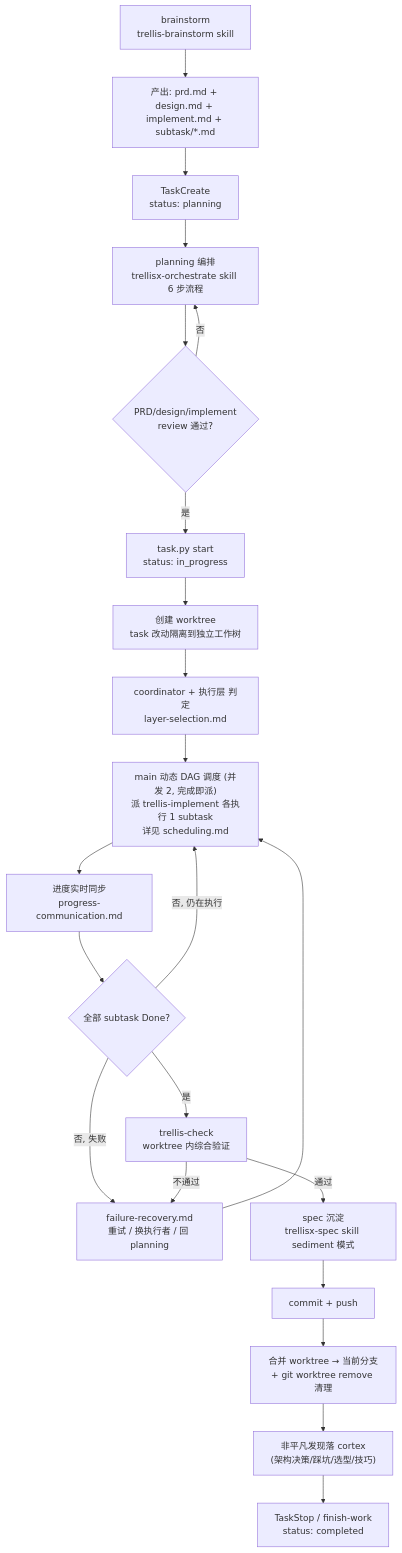
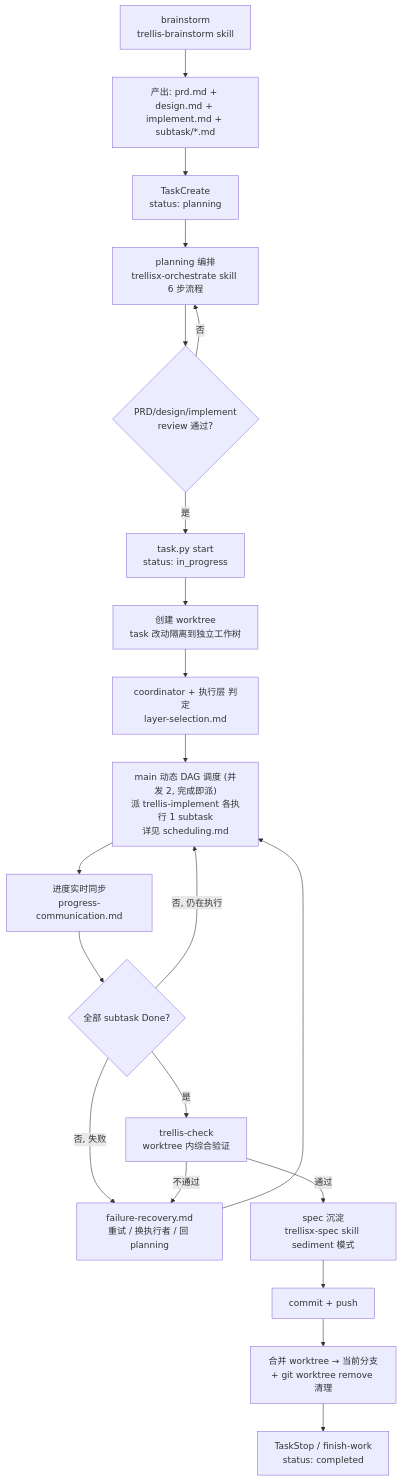
One commit to lazygophers/ccplugin changed the diagram in plugins/tools/trellisx/skills/trellisx-orchestrate/references/task-lifecycle.md. Above: the diagram before and after it, drawn with Mermaid. The commit also changed other lines of this file and 8 other files, not shown here.

First line of the commit message:
feat(trellisx): main 写源码默认禁 + cortex 解耦 + Stop 两闸 (E+F 分支)

````diff
--- a/plugins/tools/trellisx/skills/trellisx-orchestrate/references/task-lifecycle.md
+++ b/plugins/tools/trellisx/skills/trellisx-orchestrate/references/task-lifecycle.md
@@ -7,24 +7,23 @@
 ```mermaid
 flowchart TB
     BS["brainstorm<br/>trellis-brainstorm skill"] --> ARTIFACTS["产出: prd.md + design.md + implement.md + subtask/*.md"]
     ARTIFACTS --> TC["TaskCreate<br/>status: planning"]
     TC --> PLAN["planning 编排<br/>trellisx-orchestrate skill 6 步流程"]
     PLAN --> REVIEW{"PRD/design/implement<br/>review 通过?"}
     REVIEW -->|否| PLAN
     REVIEW -->|是| START["task.py start<br/>status: in_progress"]
     START --> WT["创建 worktree<br/>task 改动隔离到独立工作树"]
     WT --> COORD["coordinator + 执行层 判定<br/>layer-selection.md"]
     COORD --> EXEC["main 动态 DAG 调度 (并发 2, 完成即派)<br/>派 trellis-implement 各执行 1 subtask<br/>详见 scheduling.md"]
     EXEC --> COMM["进度实时同步<br/>progress-communication.md"]
     COMM --> CHECK{"全部 subtask Done?"}
     CHECK -->|否, 失败| RECOVER["failure-recovery.md<br/>重试 / 换执行者 / 回 planning"]
     RECOVER --> EXEC
     CHECK -->|否, 仍在执行| EXEC
     CHECK -->|是| VERIFY["trellis-check<br/>worktree 内综合验证"]
     VERIFY -->|不通过| RECOVER
     VERIFY -->|通过| SPEC["spec 沉淀<br/>trellisx-spec skill sediment 模式"]
     SPEC --> COMMIT["commit + push"]
     COMMIT --> MERGE["合并 worktree → 当前分支<br/>+ git worktree remove 清理"]
-    MERGE --> CORTEX["非平凡发现落 cortex<br/>(架构决策/踩坑/选型/技巧)"]
-    CORTEX --> STOP["TaskStop / finish-work<br/>status: completed"]
+    MERGE --> STOP["TaskStop / finish-work<br/>status: completed"]
 ```
````
